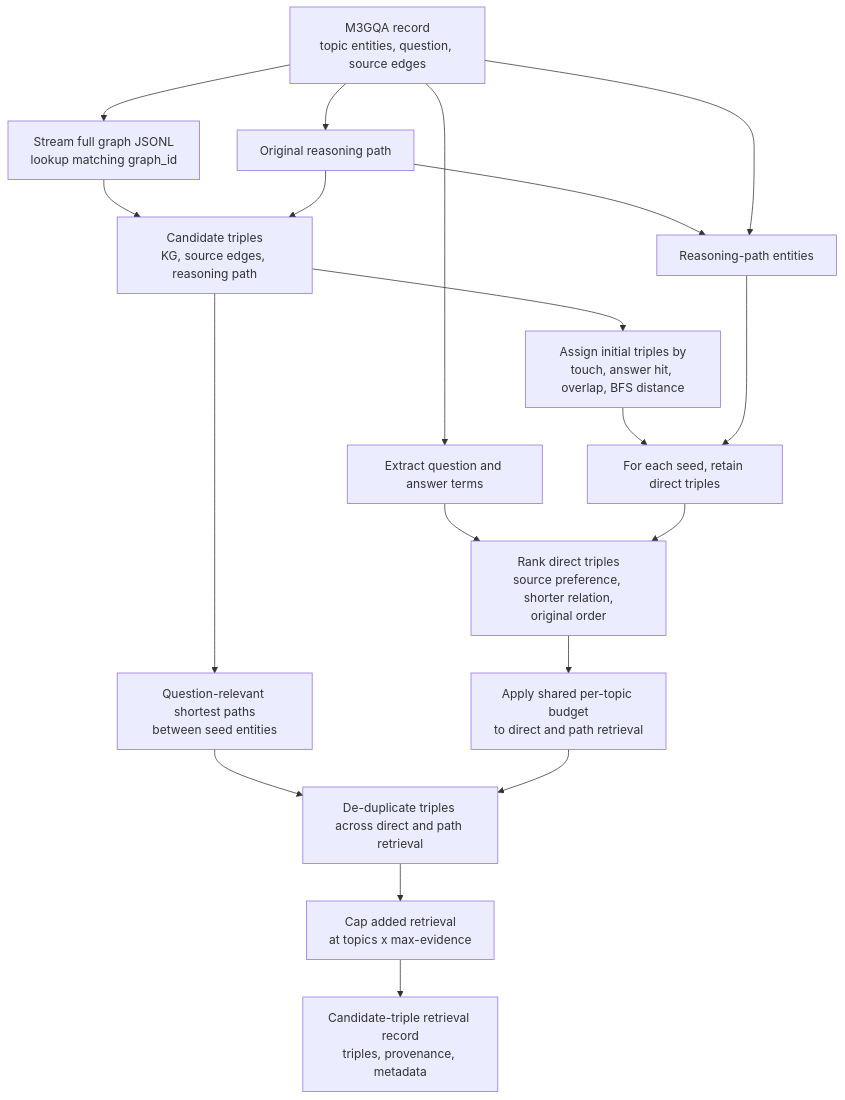
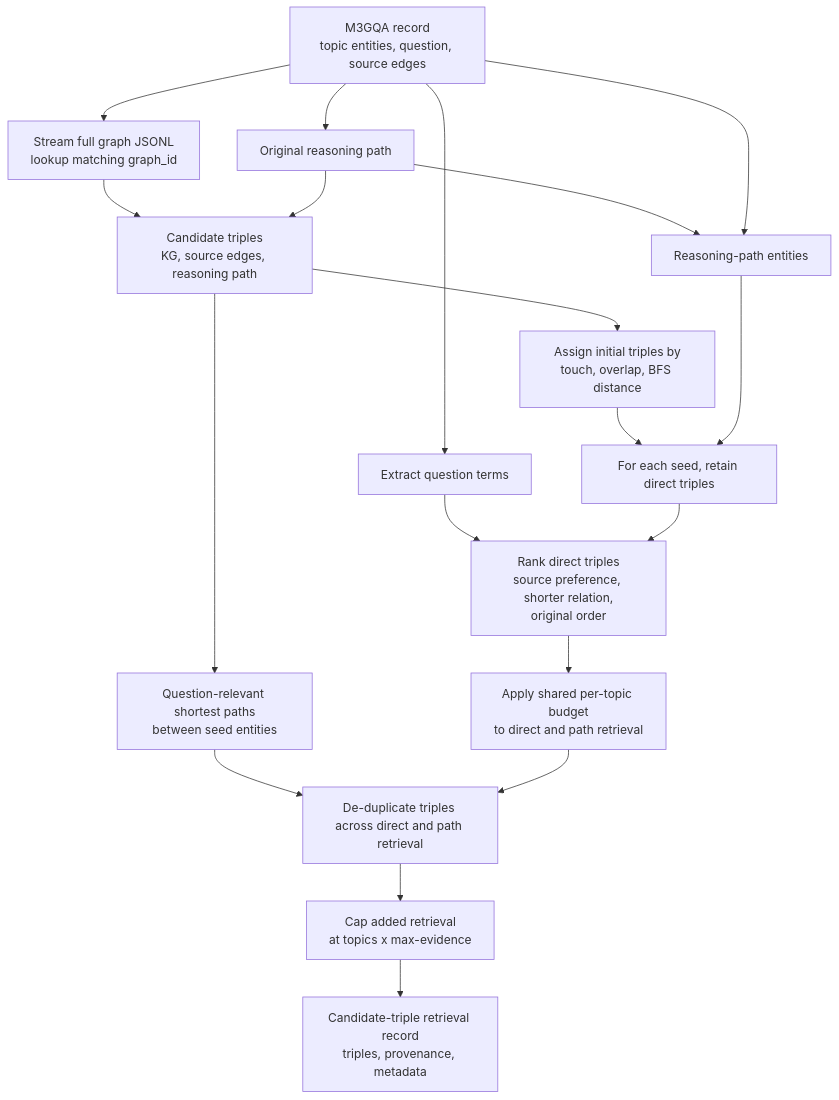
The diagram in kilt_synmes/README.md (asep-fajar-firmansyah/KILT), drawn with Mermaid before and after one commit. The commit also changed other lines of this file and 2 other files, not shown here.

````diff
--- a/kilt_synmes/README.md
+++ b/kilt_synmes/README.md
@@ -27,22 +27,22 @@
 ```mermaid
 flowchart TD
   split[M3GQA record\ntopic entities, question, source edges] --> graphLookup[Stream full graph JSONL\nlookup matching graph_id]
   split --> reasoning[Original reasoning path]
   graphLookup --> candidates[Candidate triples\nKG, source edges, reasoning path]
   reasoning --> candidates
-  split --> queryTerms[Extract question and answer terms]
+  split --> queryTerms[Extract question terms]
 
   reasoning --> seeds[Reasoning-path entities]
   split --> seeds
-  candidates --> initial[Assign initial triples by\ntouch, answer hit, overlap, BFS distance]
+  candidates --> initial[Assign initial triples by\ntouch, overlap, BFS distance]
   initial --> direct[For each seed, retain direct triples]
   seeds --> direct
   queryTerms --> rank[Rank direct triples\nsource preference, shorter relation,\noriginal order]
   direct --> rank
   rank --> budget[Apply shared per-topic budget\nto direct and path retrieval]
   candidates --> paths[Question-relevant shortest paths\nbetween seed entities]
   paths --> dedupe[De-duplicate triples across direct and path retrieval]
   budget --> dedupe
   dedupe --> cap[Cap added retrieval\nat topics x max-evidence]
   cap --> retrieval[Candidate-triple retrieval record\ntriples, provenance, metadata]
 ```
````
